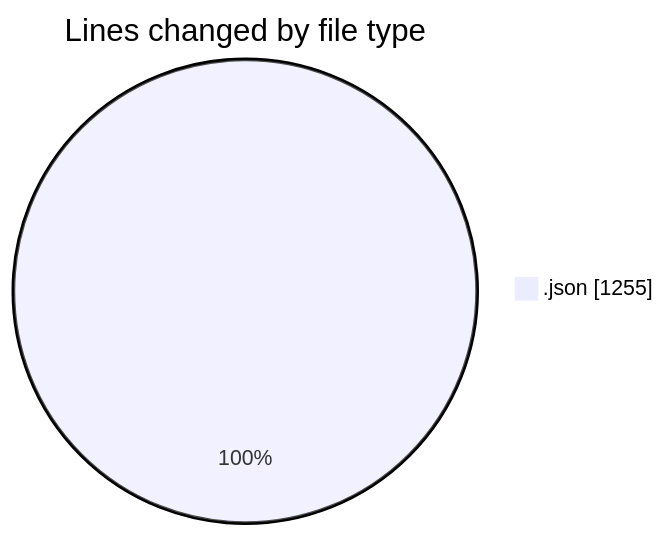
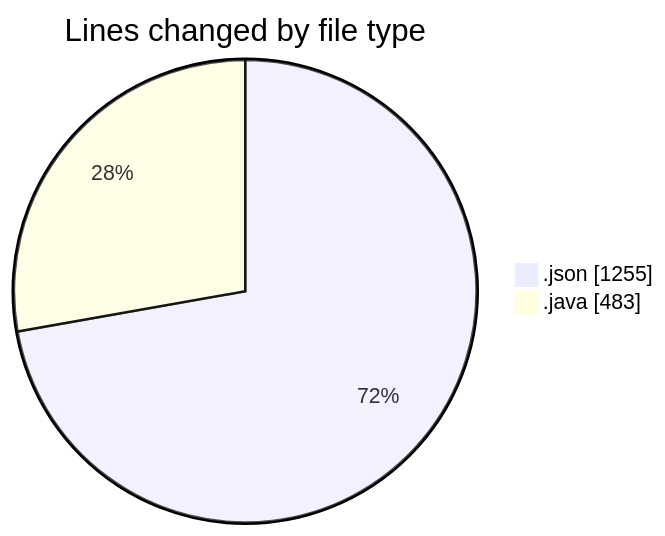
Before and after one commit to ricardozamudiocil/code-tracking: the first of 2 diagrams in 2026-07-09/cilapp/README.md, drawn with Mermaid. The commit also changed other lines of this file and 1 other file, not shown here.

````diff
--- a/2026-07-09/cilapp/README.md
+++ b/2026-07-09/cilapp/README.md
@@ -20,5 +21,6 @@
 ```mermaid
 pie showData
 title Lines changed by file type
 ".json" : 1255
+".java" : 483
 ```
````
